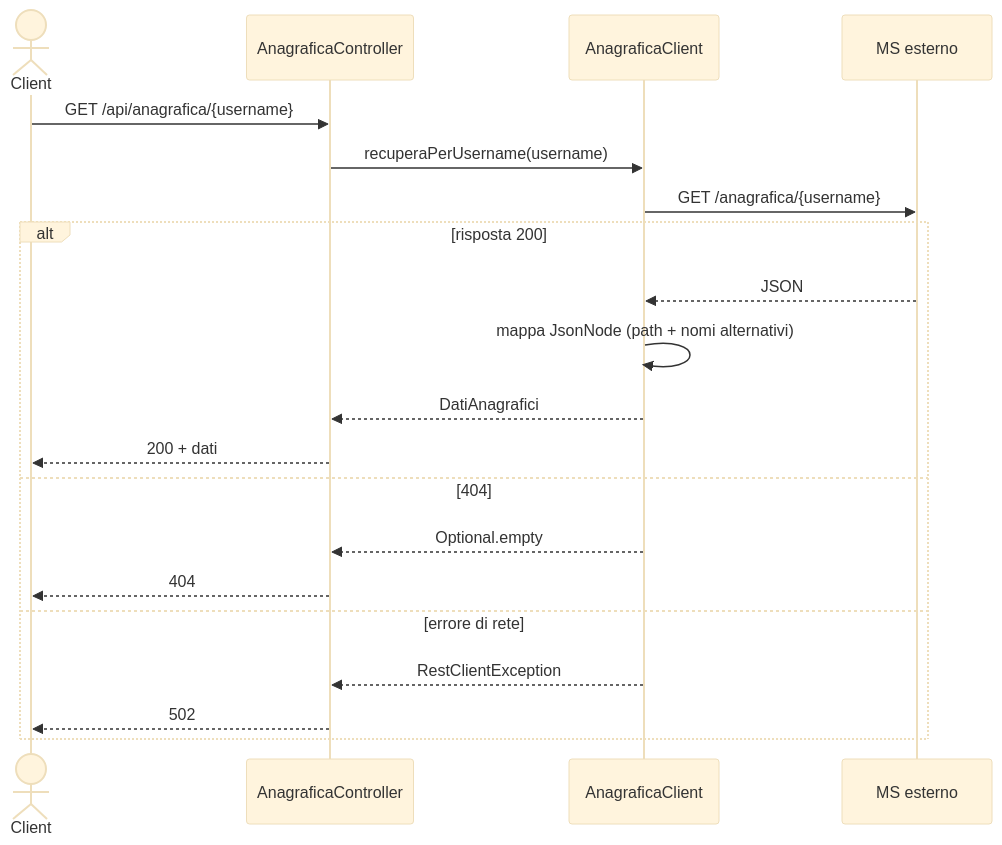
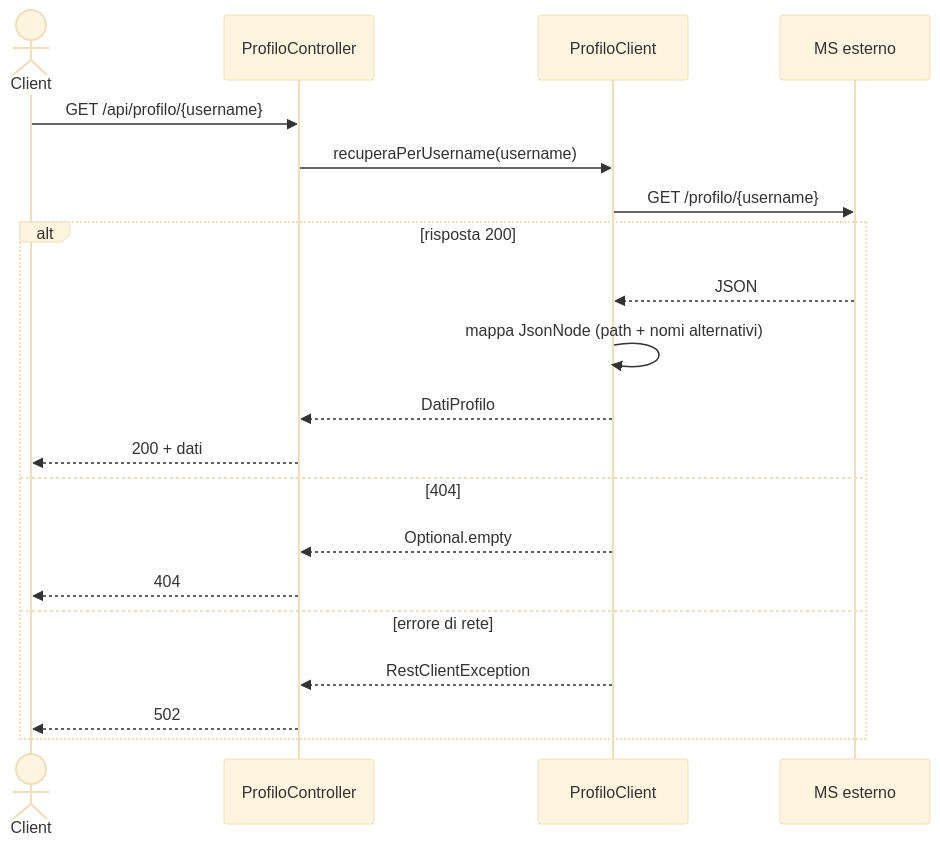
Before and after one commit to VNZ93/protocollo-api: the fourth of 5 diagrams in docs/LLD.md, drawn with Mermaid (base theme). The commit also changed other lines of this file and 12 other files, not shown here.

First line of the commit message:
refactor: rinomina Anagrafica in Profilo in tutto il progetto

````diff
--- a/docs/LLD.md
+++ b/docs/LLD.md
@@ -135,22 +135,22 @@
 ```mermaid
 sequenceDiagram
     actor U as Client
-    participant C as AnagraficaController
-    participant AC as AnagraficaClient
+    participant C as ProfiloController
+    participant AC as ProfiloClient
     participant MS as MS esterno
-    U->>C: GET /api/anagrafica/{username}
+    U->>C: GET /api/profilo/{username}
     C->>AC: recuperaPerUsername(username)
-    AC->>MS: GET /anagrafica/{username}
+    AC->>MS: GET /profilo/{username}
     alt risposta 200
         MS-->>AC: JSON
         AC->>AC: mappa JsonNode (path + nomi alternativi)
-        AC-->>C: DatiAnagrafici
+        AC-->>C: DatiProfilo
         C-->>U: 200 + dati
     else 404
         AC-->>C: Optional.empty
         C-->>U: 404
     else errore di rete
         AC-->>C: RestClientException
         C-->>U: 502
     end
 ```
````
